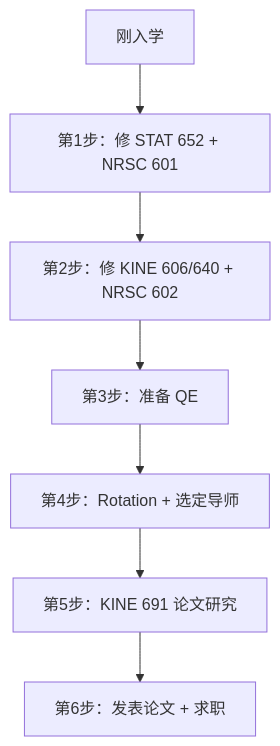
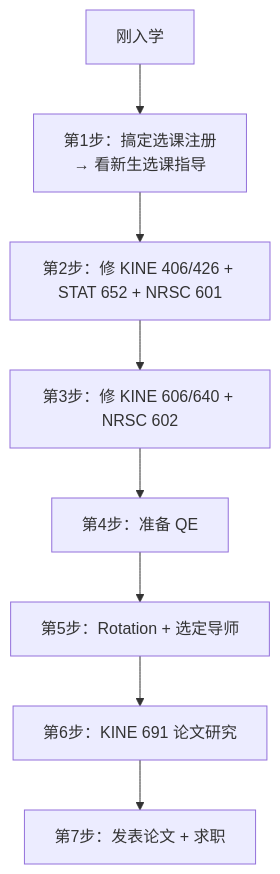
Before and after one commit to etherealstarry/kinesiology-motor-control-guide: the second of 2 diagrams in docs/index.md, drawn with Mermaid. The commit also changed other lines of this file and 1 other file, not shown here.

Commit message:
feat: 添加新生选课注册指导页面
- 完整的先修课程链分析（KINE 406/426/620/640/641/642 依赖关系图）
- 国内本科直博先修课豁免操作指南
- 本学期可直接注册的课程列表
- 给教授和 KNSM 研究生咨询的英文邮件模板
- 完整选课路径（Year 1 Fall/Spring）
- 更新首页，新增新生必读导航区块

````diff
--- a/docs/index.md
+++ b/docs/index.md
@@ -84,9 +93,10 @@
 ```mermaid
 graph TD
-    S[刚入学] --> A[第1步：修 STAT 652 + NRSC 601]
-    A --> B[第2步：修 KINE 606/640 + NRSC 602]
-    B --> C[第3步：准备 QE]
-    C --> D[第4步：Rotation + 选定导师]
-    D --> E[第5步：KINE 691 论文研究]
-    E --> F[第6步：发表论文 + 求职]
+    S[刚入学] --> A[第1步：搞定选课注册<br/>→ 看新生选课指导]
+    A --> B[第2步：修 KINE 406/426 + STAT 652 + NRSC 601]
+    B --> C[第3步：修 KINE 606/640 + NRSC 602]
+    C --> D[第4步：准备 QE]
+    D --> E[第5步：Rotation + 选定导师]
+    E --> F[第6步：KINE 691 论文研究]
+    F --> G[第7步：发表论文 + 求职]
 ```
````
